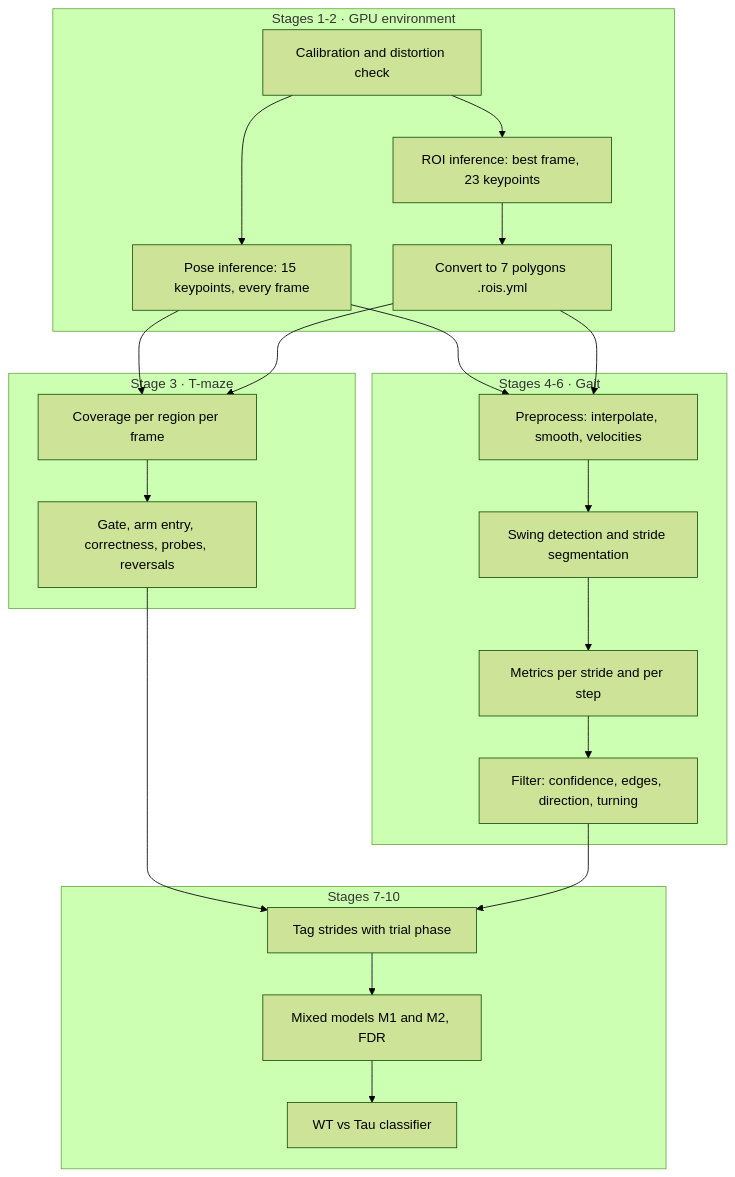
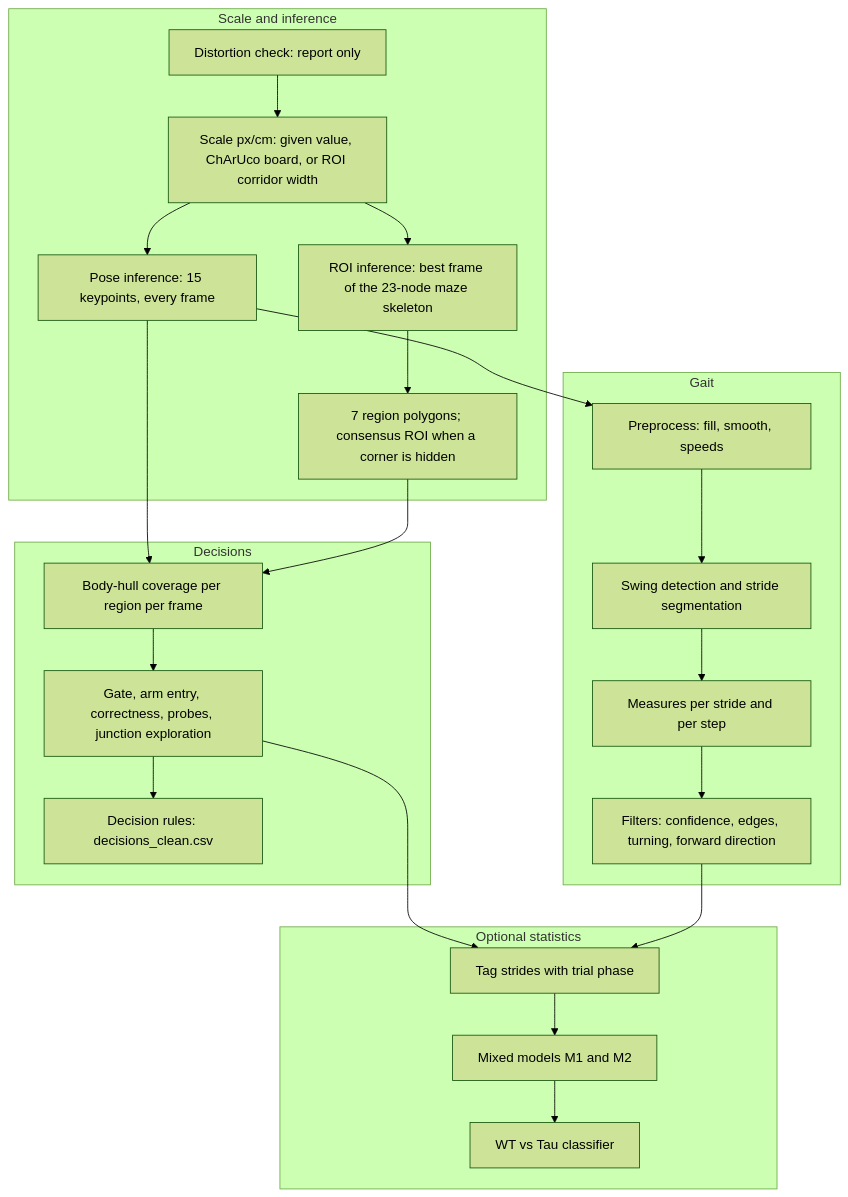
The diagram in docs/how-it-works/pipeline.md (talmolab/STRIDE-docs), drawn with Mermaid (forest theme) before and after one commit. The commit also changed other lines of this file and 27 other files, not shown here.

````diff
--- a/docs/how-it-works/pipeline.md
+++ b/docs/how-it-works/pipeline.md
@@ -3,26 +7,27 @@
 ```mermaid
 flowchart TB
-  subgraph inference [Stages 1-2 · GPU environment]
-    A[Calibration and distortion check] --> B[Pose inference: 15 keypoints, every frame]
-    A --> C[ROI inference: best frame, 23 keypoints]
-    C --> D[Convert to 7 polygons .rois.yml]
+  subgraph prep [Scale and inference]
+    A[Distortion check: report only] --> S[Scale px/cm: given value, ChArUco board, or ROI corridor width]
+    S --> B[Pose inference: 15 keypoints, every frame]
+    S --> C[ROI inference: best frame of the 23-node maze skeleton]
+    C --> D[7 region polygons; consensus ROI when a corner is hidden]
   end
-  subgraph tmaze [Stage 3 · T-maze]
-    B --> E[Coverage per region per frame]
+  subgraph tmaze [Decisions]
+    B --> E[Body-hull coverage per region per frame]
     D --> E
-    E --> F[Gate, arm entry, correctness, probes, reversals]
+    E --> F[Gate, arm entry, correctness, probes, junction exploration]
+    F --> R[Decision rules: decisions_clean.csv]
   end
-  subgraph gait [Stages 4-6 · Gait]
-    B --> G[Preprocess: interpolate, smooth, velocities]
-    D --> G
+  subgraph gait [Gait]
+    B --> G[Preprocess: fill, smooth, speeds]
     G --> H[Swing detection and stride segmentation]
-    H --> I[Metrics per stride and per step]
-    I --> J[Filter: confidence, edges, direction, turning]
+    H --> I[Measures per stride and per step]
+    I --> J[Filters: confidence, edges, turning, forward direction]
   end
-  subgraph stats [Stages 7-10]
+  subgraph stats [Optional statistics]
     F --> K[Tag strides with trial phase]
     J --> K
-    K --> L[Mixed models M1 and M2, FDR]
+    K --> L[Mixed models M1 and M2]
     L --> M[WT vs Tau classifier]
   end
 ```
````
